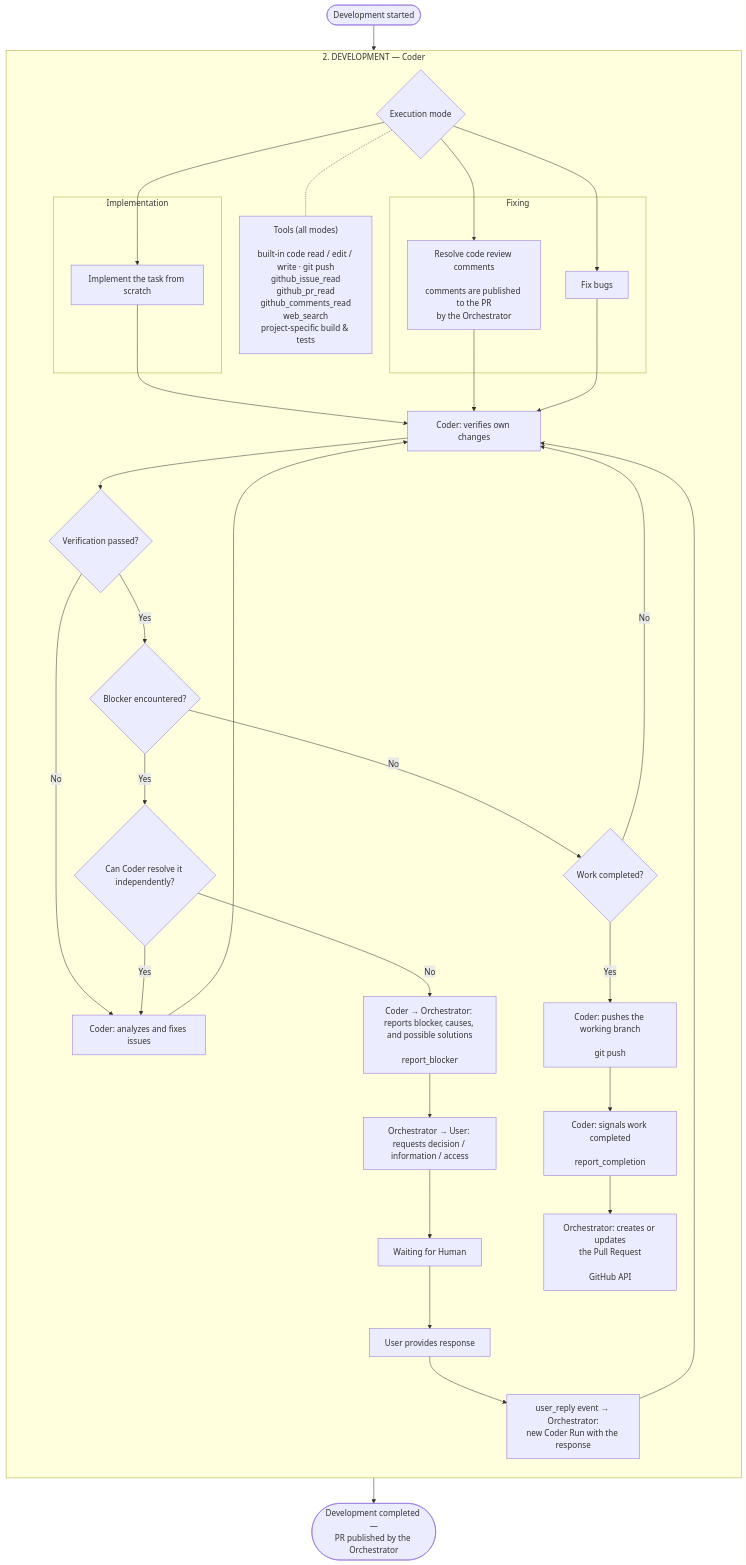
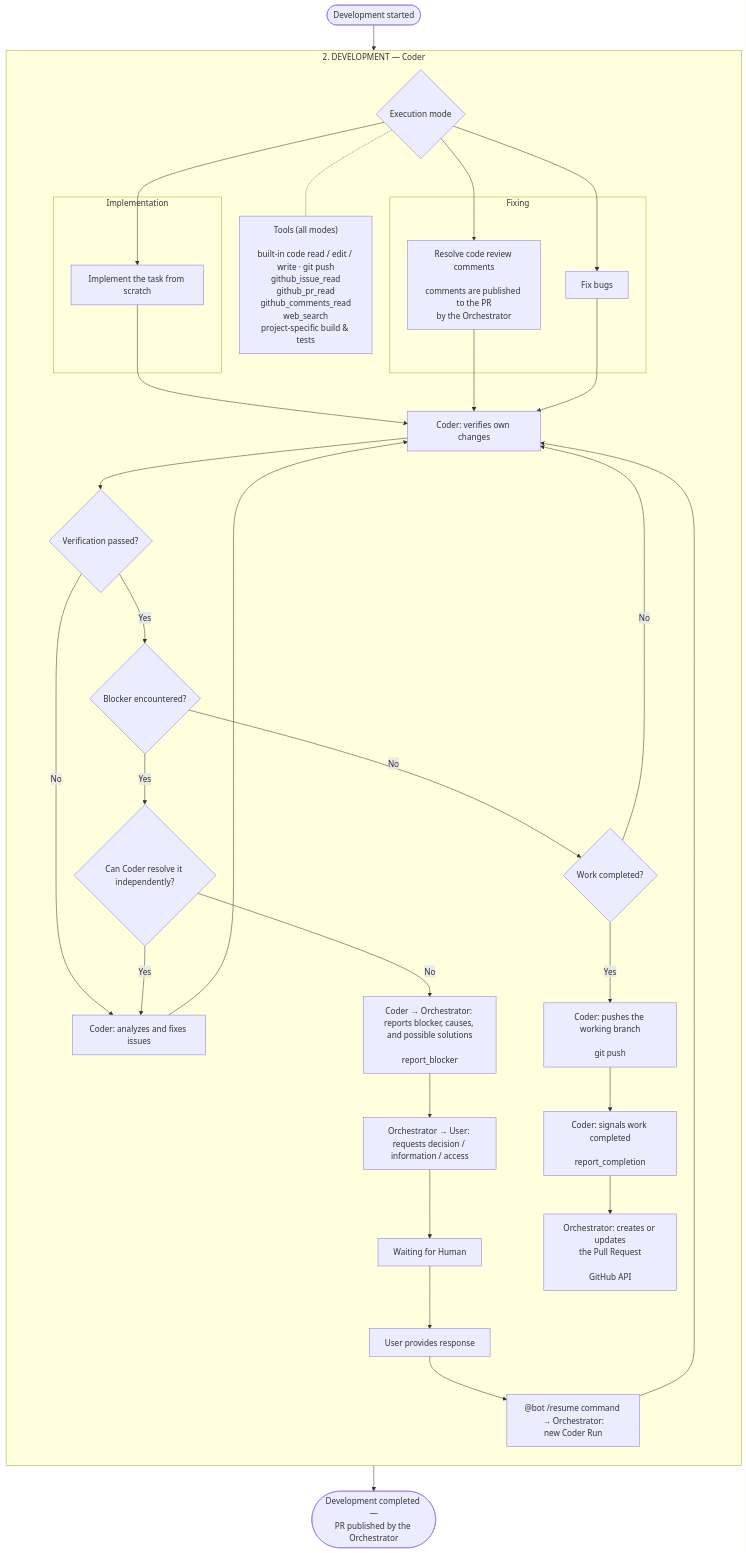
One commit to aliaksandrZh/ai-worker-01 changed the diagram in docs/flows/development.md. Above: the diagram before and after it, drawn with Mermaid. The commit also changed 14 other files, not shown here.

First line of the commit message:
orchestrator: explicit @bot /resume is the only exit from waiting_for_human

````diff
--- a/docs/flows/development.md
+++ b/docs/flows/development.md
@@ -1,55 +1,55 @@
 ```mermaid
 flowchart TB
     START(["Development started"])
 
     subgraph DEVELOPMENT["2. DEVELOPMENT — Coder"]
         direction TB
 
         D1{"Execution mode"}
 
         D1 -.- T0["Tools (all modes)<br/><br/>built-in code read / edit / write · git push<br/>github_issue_read<br/>github_pr_read<br/>github_comments_read<br/>web_search<br/>project-specific build &amp; tests"]
 
         subgraph IMPLEMENTATION["Implementation"]
             I1["Implement the task from scratch"]
         end
 
         subgraph FIXING["Fixing"]
             F1["Resolve code review comments<br/><br/>comments are published to the PR<br/>by the Orchestrator"]
             F2["Fix bugs"]
         end
 
         D1 --> I1
         D1 --> F1
         D1 --> F2
 
         I1 --> V1
         F1 --> V1
         F2 --> V1
 
         V1["Coder: verifies own changes"]
         V1 --> V2{"Verification passed?"}
 
         V2 -- "No" --> V3["Coder: analyzes and fixes issues"]
         V3 --> V1
 
         V2 -- "Yes" --> V4{"Blocker encountered?"}
 
         V4 -- "Yes" --> V5{"Can Coder resolve it independently?"}
         V5 -- "Yes" --> V3
         V5 -- "No" --> V6["Coder → Orchestrator: reports blocker, causes, and possible solutions<br/><br/>report_blocker"]
         V6 --> V7["Orchestrator → User: requests decision / information / access"]
         V7 --> V8["Waiting for Human"]
         V8 --> V9["User provides response"]
-        V9 --> V10["user_reply event → Orchestrator:<br/>new Coder Run with the response"]
+        V9 --> V10["@bot /resume command → Orchestrator:<br/>new Coder Run"]
         V10 --> V1
 
         V4 -- "No" --> V11{"Work completed?"}
         V11 -- "No" --> V1
         V11 -- "Yes" --> V12["Coder: pushes the working branch<br/><br/>git push"]
         V12 --> V13["Coder: signals work completed<br/><br/>report_completion"]
         V13 --> V14["Orchestrator: creates or updates<br/>the Pull Request<br/><br/>GitHub API"]
     end
 
     START --> D1
     V14 --> NEXT(["Development completed —<br/>PR published by the Orchestrator"])
 ```
````
